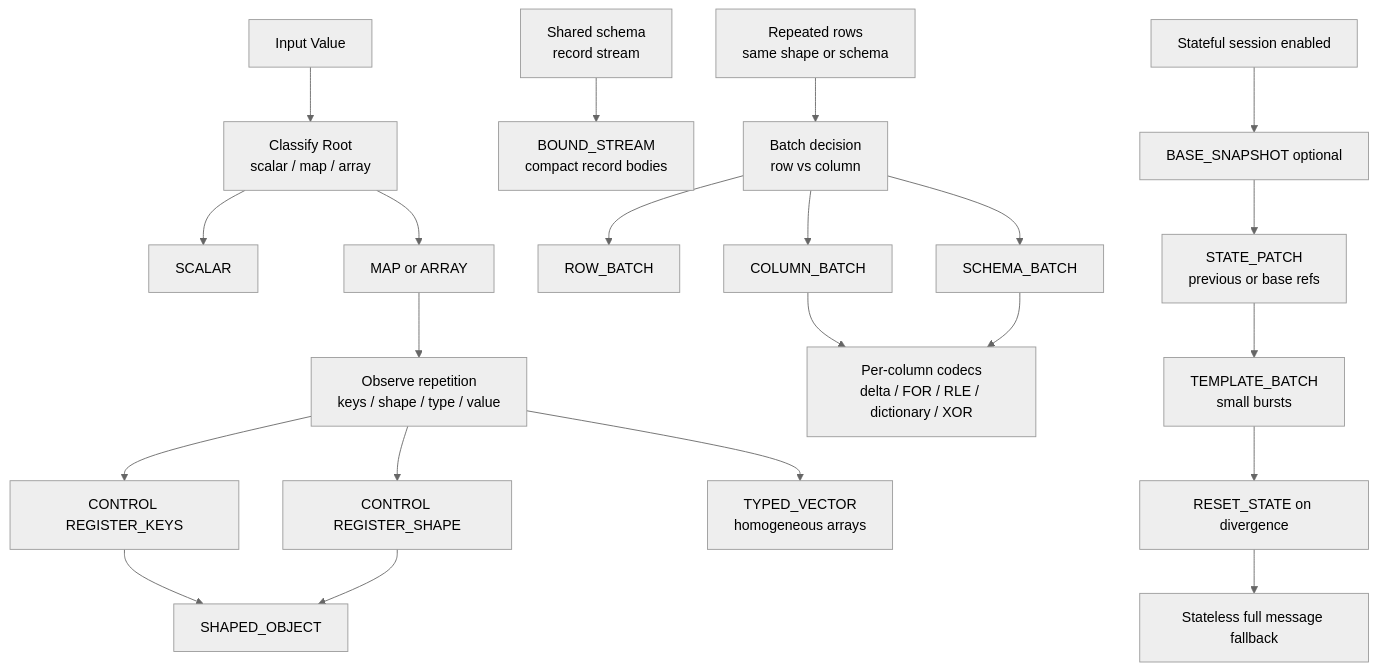
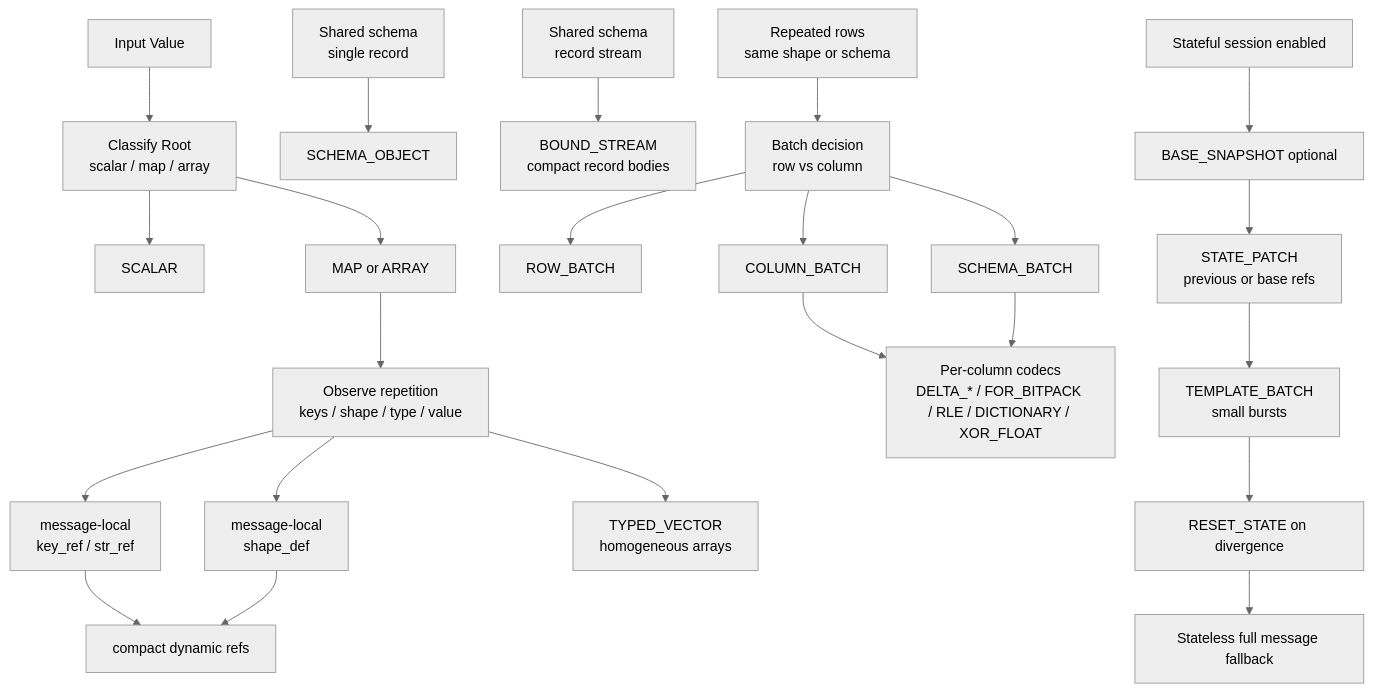
Before and after one commit to twilic/twilic: the diagram in diagrams/encoding-structure.md, drawn with Mermaid (neutral theme). The commit also changed other lines of this file and 9 other files, not shown here.

````diff
--- a/diagrams/encoding-structure.md
+++ b/diagrams/encoding-structure.md
@@ -5,28 +5,30 @@
 ```mermaid
 flowchart TD
     A[Input Value] --> B[Classify Root<br/>scalar / map / array]
     B --> C[SCALAR]
     B --> D[MAP or ARRAY]
 
+    X[Shared schema<br/>single record] --> Y[SCHEMA_OBJECT]
+
     D --> E[Observe repetition<br/>keys / shape / type / value]
-    E --> F[CONTROL REGISTER_KEYS]
-    E --> G[CONTROL REGISTER_SHAPE]
+    E --> F[message-local<br/>key_ref / str_ref]
+    E --> G[message-local<br/>shape_def]
     E --> H[TYPED_VECTOR<br/>homogeneous arrays]
-    F --> I[SHAPED_OBJECT]
+    F --> I[compact dynamic refs]
     G --> I
 
     U[Shared schema<br/>record stream] --> V[BOUND_STREAM<br/>compact record bodies]
 
     J[Repeated rows<br/>same shape or schema] --> K[Batch decision<br/>row vs column]
     K --> L[ROW_BATCH]
     K --> M[COLUMN_BATCH]
     K --> M2[SCHEMA_BATCH]
-    M --> N[Per-column codecs<br/>delta / FOR / RLE / dictionary / XOR]
+    M --> N[Per-column codecs<br/>DELTA_* / FOR_BITPACK / RLE / DICTIONARY / XOR_FLOAT]
     M2 --> N
 
     O[Stateful session enabled] --> P[BASE_SNAPSHOT optional]
     P --> Q[STATE_PATCH<br/>previous or base refs]
     Q --> R[TEMPLATE_BATCH<br/>small bursts]
     R --> S[RESET_STATE on divergence]
     S --> T[Stateless full message fallback]
 ```
````
